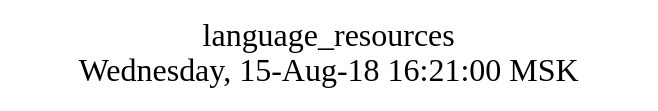
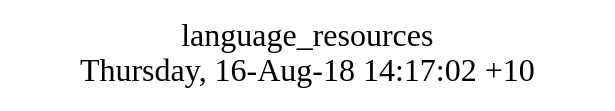
Before and after one commit to AplaProject/apps: the diagram in src/language_resources/struct.dot, drawn with Graphviz. The commit also changed 6 other files, not shown here.

```diff
--- a/src/language_resources/struct.dot
+++ b/src/language_resources/struct.dot
@@ -1,10 +1,8 @@
 digraph G {
-graph [
-  fontsize="24";
-  label="language_resources\nWednesday, 15-Aug-18 16:21:00 MSK";
-  nojustify=true;
-  ordering=out;
-  rankdir=LR;
-  size="30";
-];
+fontsize="24";
+label="language_resources\nThursday, 16-Aug-18 14:17:02 +10";
+nojustify=true;
+ordering=out;
+rankdir=LR;
+size="30";
 }
```
